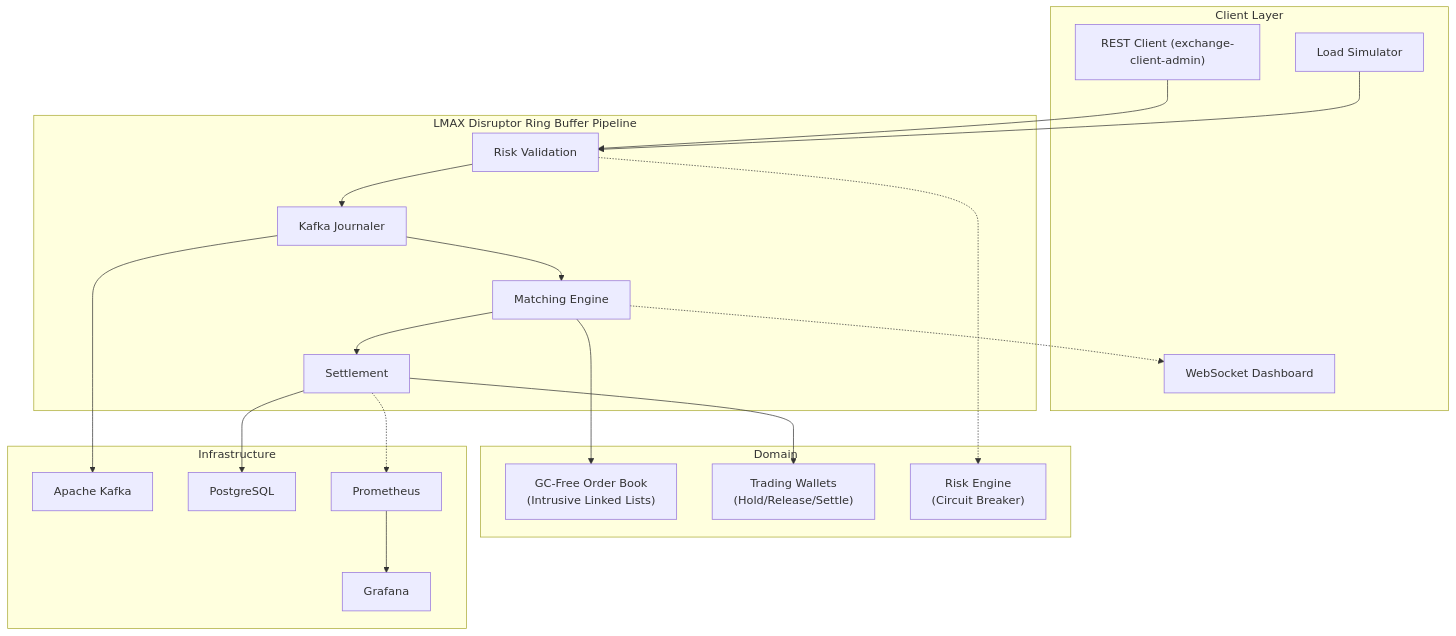
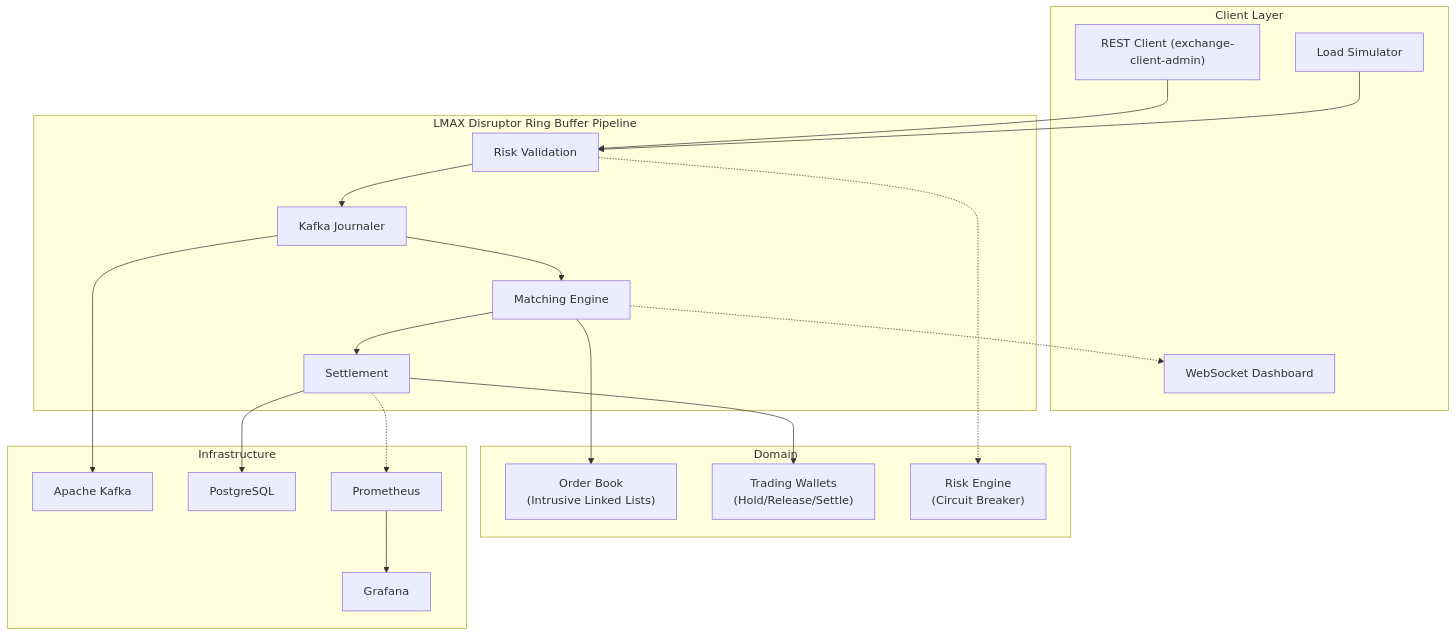
The diagram in README.md (shrey0303/Lmax-disruptor-crypto-exchange), drawn with Mermaid before and after one commit. The commit also changed other lines of this file and 1 other file, not shown here.

````diff
--- a/README.md
+++ b/README.md
@@ -25,39 +25,39 @@
 ```mermaid
 graph TB
     subgraph "Client Layer"
         RC["REST Client (exchange-client-admin)"]
         WS["WebSocket Dashboard"]
         LS["Load Simulator"]
     end
 
     subgraph "LMAX Disruptor Ring Buffer Pipeline"
         RV["Risk Validation"]
         TJ["Kafka Journaler"]
         ME["Matching Engine"]
         SH["Settlement"]
     end
 
     subgraph "Domain"
-        OB["GC-Free Order Book\n(Intrusive Linked Lists)"]
+        OB["Order Book\n(Intrusive Linked Lists)"]
         TW["Trading Wallets\n(Hold/Release/Settle)"]
         RE["Risk Engine\n(Circuit Breaker)"]
     end
 
     subgraph "Infrastructure"
         K["Apache Kafka"]
         M["PostgreSQL"]
         P["Prometheus"]
         G["Grafana"]
     end
 
     RC --> RV
     LS --> RV
     RV --> TJ --> ME --> SH
     RV -.-> RE
     ME --> OB
     SH --> TW
     ME -.-> WS
     TJ --> K
     SH --> M
     SH -.-> P --> G
 ```
````
